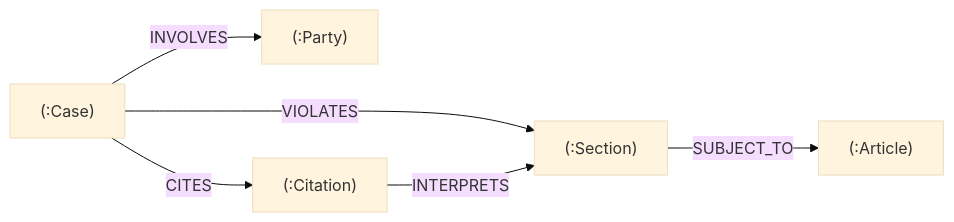
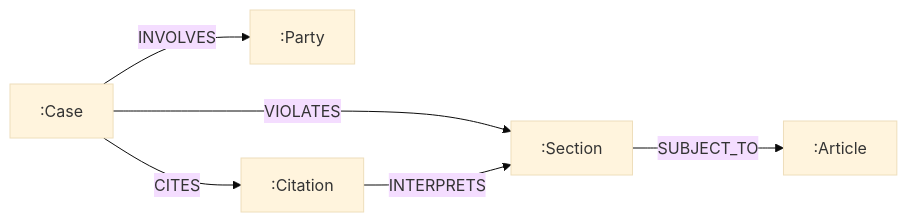
Before and after one commit to gokul03-tech/lex-org: the fourth of 4 diagrams in README.md, drawn with Mermaid (base theme). The commit also changed other lines of this file and 60 other files, not shown here.

````diff
--- a/README.md
+++ b/README.md
@@ -277,8 +303,8 @@
 ```mermaid
 graph LR
-    CaseNode["(:Case)"] -->|INVOLVES| PartyNode["(:Party)"]
-    CaseNode -->|VIOLATES| SectionNode["(:Section)"]
-    SectionNode -->|SUBJECT_TO| ArticleNode["(:Article)"]
-    CaseNode -->|CITES| CitationNode["(:Citation)"]
-    CitationNode -->|INTERPRETS| SectionNode
+    Case[":Case"] -->|INVOLVES| Party[":Party"]
+    Case -->|VIOLATES| Section[":Section"]
+    Case -->|CITES| Citation[":Citation"]
+    Section -->|SUBJECT_TO| Article[":Article"]
+    Citation -->|INTERPRETS| Section
 ```
````
